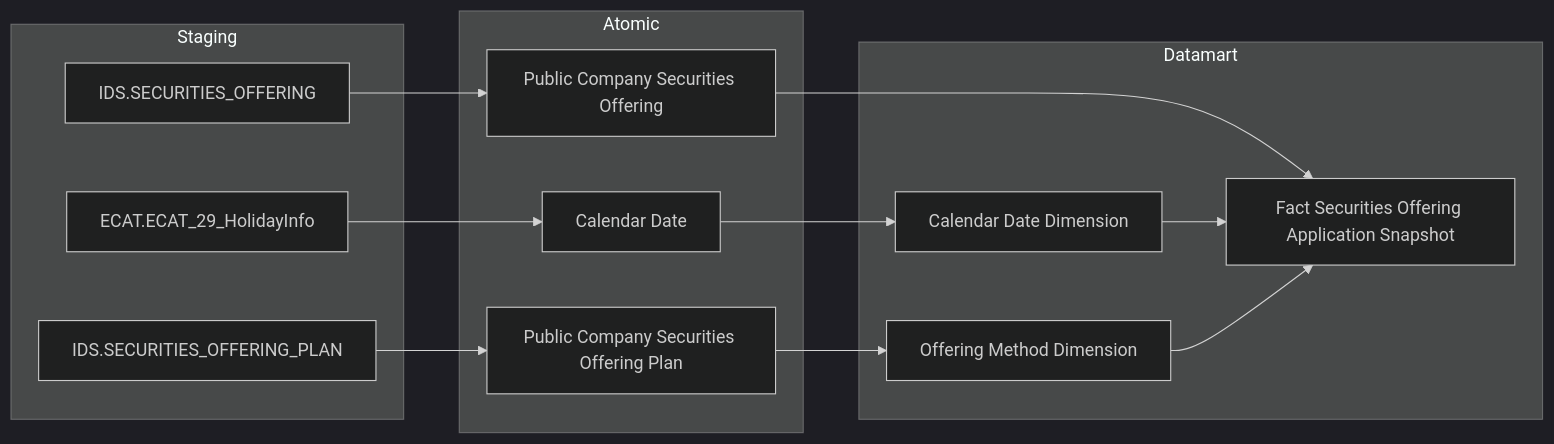
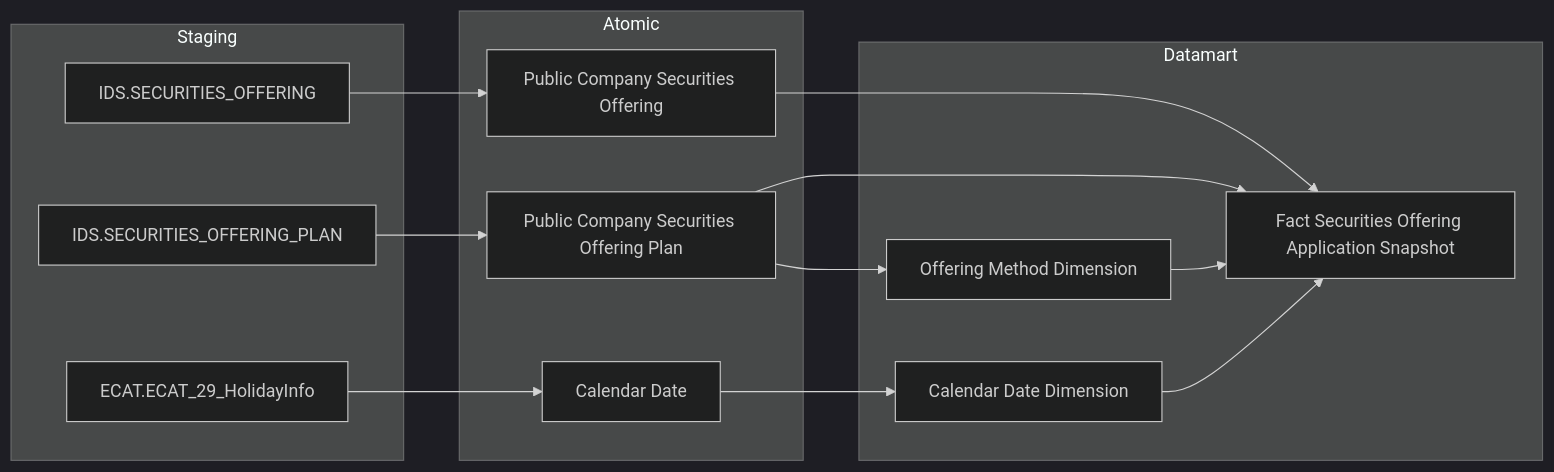
One commit to linhlvit/ubck_atomic_design changed the fifth of 22 diagrams in Datamart/hld/DTM_QLCB_HLD.md. Above: the diagram before and after it, drawn with Mermaid (dark theme). The commit also changed other lines of this file and 5 other files, not shown here.

````diff
--- a/Datamart/hld/DTM_QLCB_HLD.md
+++ b/Datamart/hld/DTM_QLCB_HLD.md
@@ -209,31 +211,32 @@
 ```mermaid
 flowchart LR
     subgraph SRC["Staging"]
         IDS_SECURITIES_OFFERING["IDS.SECURITIES_OFFERING"]
         IDS_SECURITIES_OFFERING_PLAN["IDS.SECURITIES_OFFERING_PLAN"]
         ECAT_ECAT_29_HolidayInfo["ECAT.ECAT_29_HolidayInfo"]
     end
 
     subgraph SIL["Atomic"]
         Public_Company_Securities_Offering["Public Company Securities Offering"]
         Public_Company_Securities_Offering_Plan["Public Company Securities Offering Plan"]
         Calendar_Date["Calendar Date"]
     end
 
     subgraph GOLD["Datamart"]
         fct_securities_offering_application_snpst["Fact Securities Offering Application Snapshot"]
         cdr_dt_dim["Calendar Date Dimension"]
         offering_method_dim["Offering Method Dimension"]
     end
 
     IDS_SECURITIES_OFFERING --> Public_Company_Securities_Offering
     IDS_SECURITIES_OFFERING_PLAN --> Public_Company_Securities_Offering_Plan
     ECAT_ECAT_29_HolidayInfo --> Calendar_Date
 
     Public_Company_Securities_Offering --> fct_securities_offering_application_snpst
+    Public_Company_Securities_Offering_Plan --> fct_securities_offering_application_snpst
     Public_Company_Securities_Offering_Plan --> offering_method_dim
     Calendar_Date --> cdr_dt_dim
 
     cdr_dt_dim --> fct_securities_offering_application_snpst
     offering_method_dim --> fct_securities_offering_application_snpst
 ```
````
